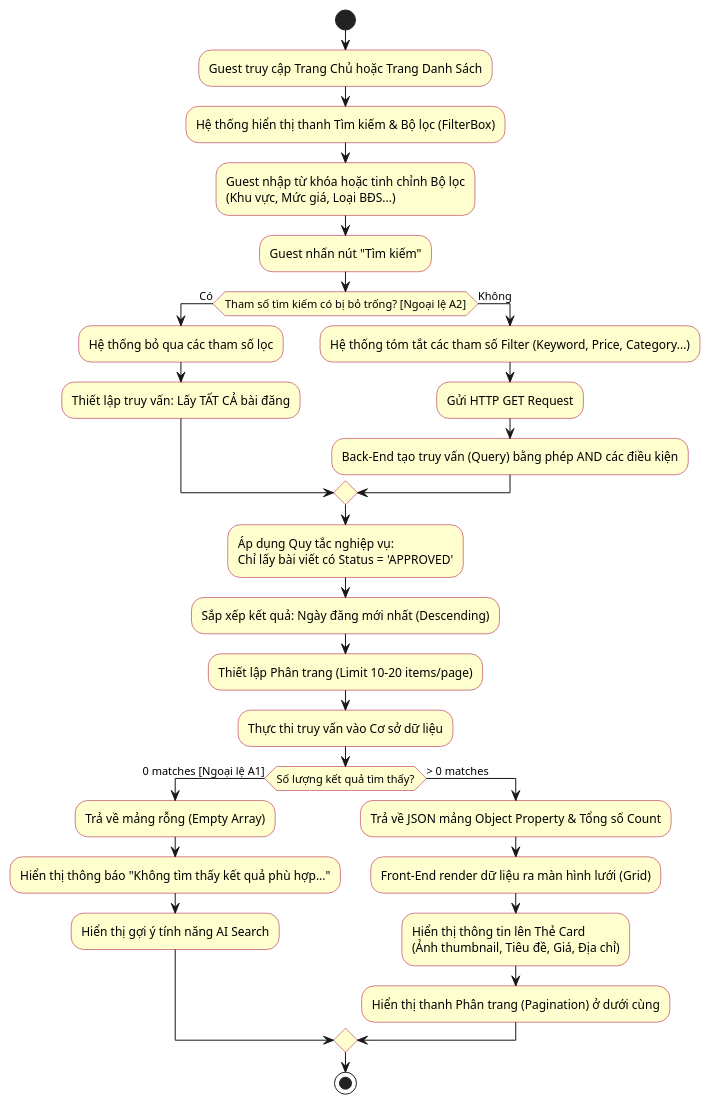
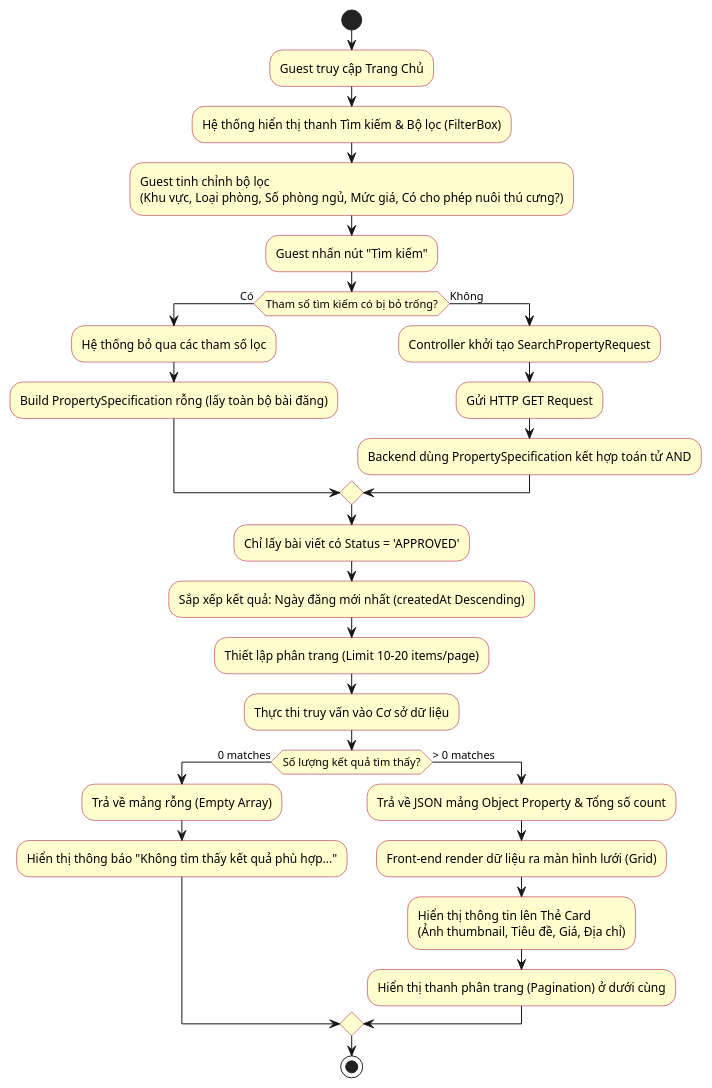
The diagram in src/main/java/vn/hcmute/edu/lequanghung_nguyenthaibao/backend/uml/UC03/ActivityDiagramUC3.puml (chishiya2309/LeaseLink-Backend), drawn with PlantUML before and after one commit. The commit also changed 3 other files, not shown here.

Commit message:
Điều chỉnh các UML của UC03

```diff
--- a/src/main/java/vn/hcmute/edu/lequanghung_nguyenthaibao/backend/uml/UC03/ActivityDiagramUC3.puml
+++ b/src/main/java/vn/hcmute/edu/lequanghung_nguyenthaibao/backend/uml/UC03/ActivityDiagramUC3.puml
@@ -1,39 +1,38 @@
 @startuml
 skinparam conditionStyle inside
 skinparam ActivityBackgroundColor #FEFECE
 skinparam ActivityBorderColor #A80036
 
 start
-:Guest truy cập Trang Chủ hoặc Trang Danh Sách;
+:Guest truy cập Trang Chủ;
 :Hệ thống hiển thị thanh Tìm kiếm & Bộ lọc (FilterBox);
 
-:Guest nhập từ khóa hoặc tinh chỉnh Bộ lọc\n(Khu vực, Mức giá, Loại BĐS...);
+:Guest tinh chỉnh bộ lọc\n(Khu vực, Loại phòng, Số phòng ngủ, Mức giá, Có cho phép nuôi thú cưng?);
 :Guest nhấn nút "Tìm kiếm";
 
-if (Tham số tìm kiếm có bị bỏ trống? [Ngoại lệ A2]) then (Có)
+if (Tham số tìm kiếm có bị bỏ trống?) then (Có)
     :Hệ thống bỏ qua các tham số lọc;
-    :Thiết lập truy vấn: Lấy TẤT CẢ bài đăng;
+    :Build PropertySpecification rỗng (lấy toàn bộ bài đăng);
 else (Không)
-    :Hệ thống tóm tắt các tham số Filter (Keyword, Price, Category...);
+    :Controller khởi tạo SearchPropertyRequest;
     :Gửi HTTP GET Request;
-    :Back-End tạo truy vấn (Query) bằng phép AND các điều kiện;
+    :Backend dùng PropertySpecification kết hợp toán tử AND;
 endif
 
-:Áp dụng Quy tắc nghiệp vụ:\nChỉ lấy bài viết có Status = 'APPROVED';
-:Sắp xếp kết quả: Ngày đăng mới nhất (Descending);
-:Thiết lập Phân trang (Limit 10-20 items/page);
+:Chỉ lấy bài viết có Status = 'APPROVED';
+:Sắp xếp kết quả: Ngày đăng mới nhất (createdAt Descending);
+:Thiết lập phân trang (Limit 10-20 items/page);
 :Thực thi truy vấn vào Cơ sở dữ liệu;
 
-if (Số lượng kết quả tìm thấy?) then (0 matches [Ngoại lệ A1])
+if (Số lượng kết quả tìm thấy?) then (0 matches)
     :Trả về mảng rỗng (Empty Array);
     :Hiển thị thông báo "Không tìm thấy kết quả phù hợp...";
-    :Hiển thị gợi ý tính năng AI Search;
 else (> 0 matches)
-    :Trả về JSON mảng Object Property & Tổng số Count;
-    :Front-End render dữ liệu ra màn hình lưới (Grid);
+    :Trả về JSON mảng Object Property & Tổng số count;
+    :Front-end render dữ liệu ra màn hình lưới (Grid);
     :Hiển thị thông tin lên Thẻ Card\n(Ảnh thumbnail, Tiêu đề, Giá, Địa chỉ);
-    :Hiển thị thanh Phân trang (Pagination) ở dưới cùng;
+    :Hiển thị thanh phân trang (Pagination) ở dưới cùng;
 endif
 
 stop
 @enduml
```
